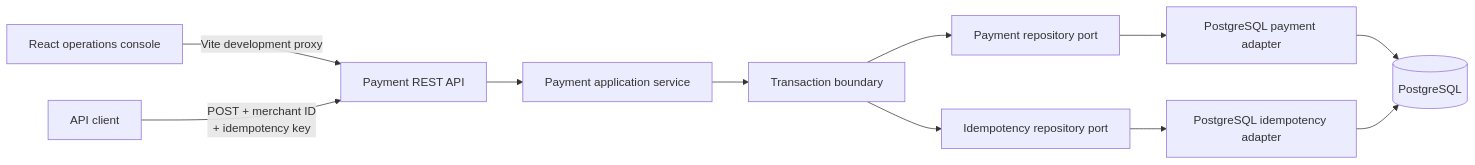
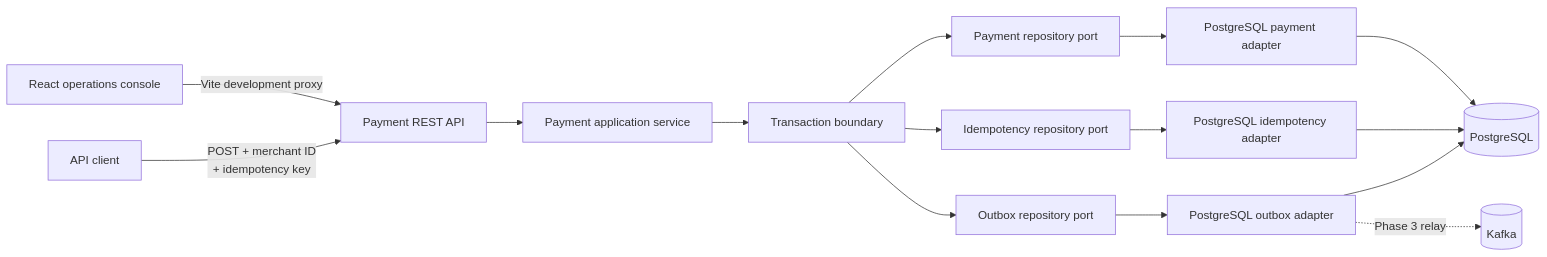
The first of 3 diagrams in README.md (yasaswimandava/payment-reliability-lab), drawn with Mermaid before and after one commit. The commit also changed other lines of this file and 6 other files, not shown here.

Commit message:
feat: add exclusive transactional outbox relay

````diff
--- a/README.md
+++ b/README.md
@@ -45,13 +48,17 @@
 ```mermaid
 flowchart LR
     Console[React operations console] -->|Vite development proxy| Controller
     Client[API client] -->|POST + merchant ID<br/>+ idempotency key| Controller[Payment REST API]
     Controller --> Application[Payment application service]
     Application --> Transaction[Transaction boundary]
     Transaction --> PaymentPort[Payment repository port]
     Transaction --> KeyPort[Idempotency repository port]
+    Transaction --> OutboxPort[Outbox repository port]
     PaymentPort --> PaymentAdapter[PostgreSQL payment adapter]
     KeyPort --> KeyAdapter[PostgreSQL idempotency adapter]
+    OutboxPort --> OutboxAdapter[PostgreSQL outbox adapter]
     PaymentAdapter --> DB[(PostgreSQL)]
     KeyAdapter --> DB
+    OutboxAdapter --> DB
+    OutboxAdapter -. Phase 3 relay .-> Kafka[(Kafka)]
 ```
````
